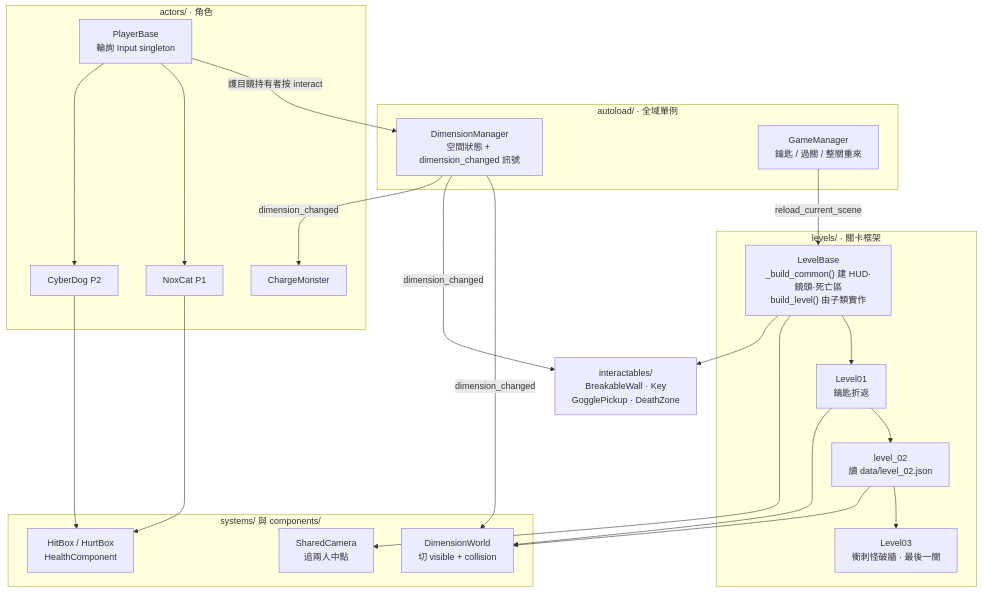
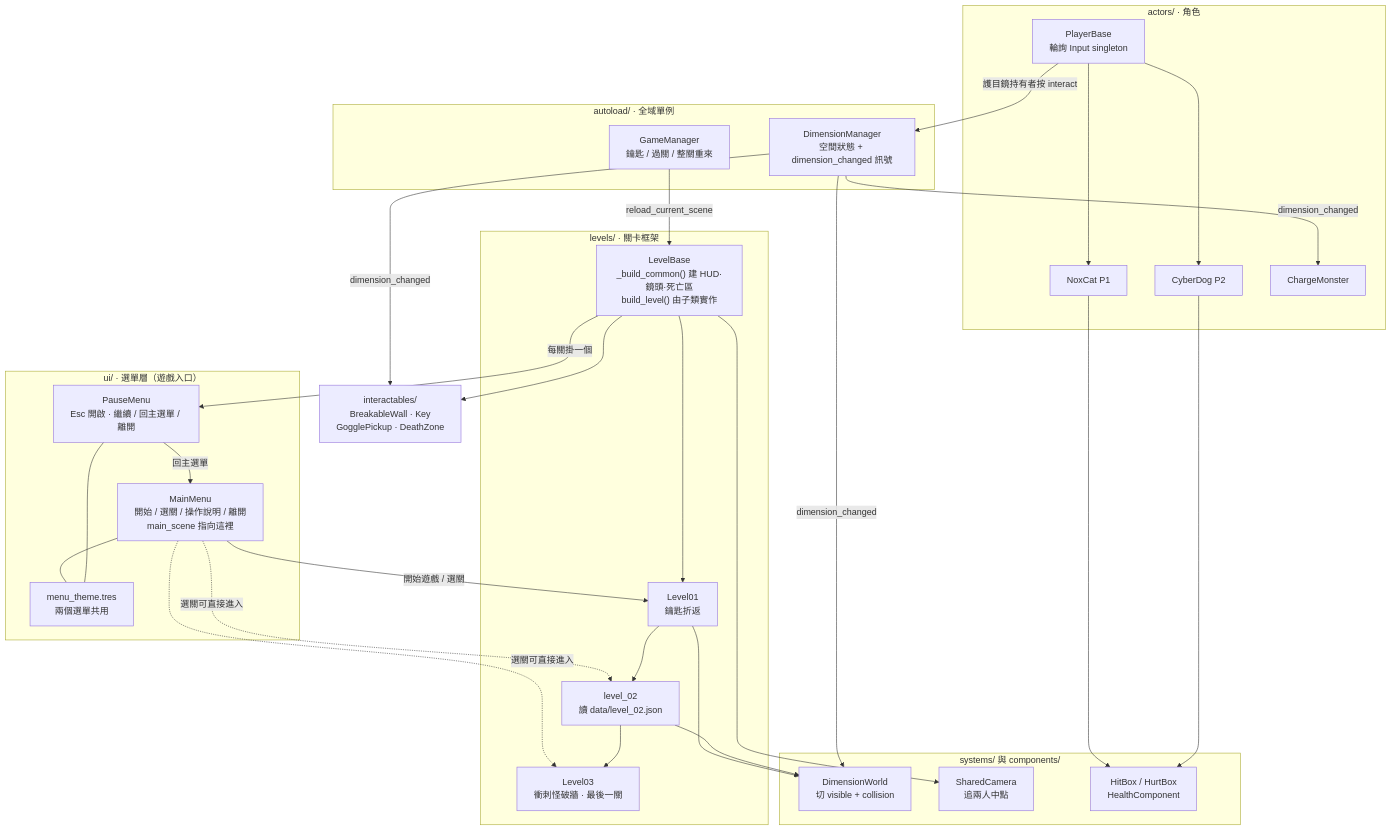
The diagram in README.md (RainYu0510/hackathon), drawn with Mermaid before and after one commit. The commit also changed other lines of this file and 6 other files, not shown here.

````diff
--- a/README.md
+++ b/README.md
@@ -33,44 +33,57 @@
 ```mermaid
 flowchart TB
+    subgraph UI["ui/ · 選單層（遊戲入口）"]
+        MM["MainMenu<br/>開始 / 選關 / 操作說明 / 離開<br/>main_scene 指向這裡"]
+        PM["PauseMenu<br/>Esc 開啟 · 繼續 / 回主選單 / 離開"]
+        TH["menu_theme.tres<br/>兩個選單共用"]
+    end
+
     subgraph AL["autoload/ · 全域單例"]
         DM["DimensionManager<br/>空間狀態 + dimension_changed 訊號"]
         GM["GameManager<br/>鑰匙 / 過關 / 整關重來"]
     end
 
     subgraph LV["levels/ · 關卡框架"]
         LB["LevelBase<br/>_build_common() 建 HUD·鏡頭·死亡區<br/>build_level() 由子類實作"]
         L1["Level01<br/>鑰匙折返"]
         L2["level_02<br/>讀 data/level_02.json"]
         L3["Level03<br/>衝刺怪破牆 · 最後一關"]
     end
 
     subgraph AC["actors/ · 角色"]
         PB["PlayerBase<br/>輪詢 Input singleton"]
         NC["NoxCat P1"]
         CD["CyberDog P2"]
         CM["ChargeMonster"]
     end
 
     subgraph SY["systems/ 與 components/"]
         DW["DimensionWorld<br/>切 visible + collision"]
         SC["SharedCamera<br/>追兩人中點"]
         CP["HitBox / HurtBox<br/>HealthComponent"]
     end
 
     BW["interactables/<br/>BreakableWall · Key<br/>GogglePickup · DeathZone"]
 
+    MM -- "開始遊戲 / 選關" --> L1
+    MM -. 選關可直接進入 .-> L2
+    MM -. 選關可直接進入 .-> L3
+    MM --- TH
+    PM --- TH
+    LB -- 每關掛一個 --> PM
+    PM -- "回主選單" --> MM
     DM -- dimension_changed --> DW
     DM -- dimension_changed --> BW
     DM -- dimension_changed --> CM
     PB -- "護目鏡持有者按 interact" --> DM
     GM -- reload_current_scene --> LB
     LB --> L1 --> L2 --> L3
     LB --> SC
     LB --> BW
     PB --> NC
     PB --> CD
     NC --> CP
     CD --> CP
     L1 --> DW
     L2 --> DW
 ```
````
